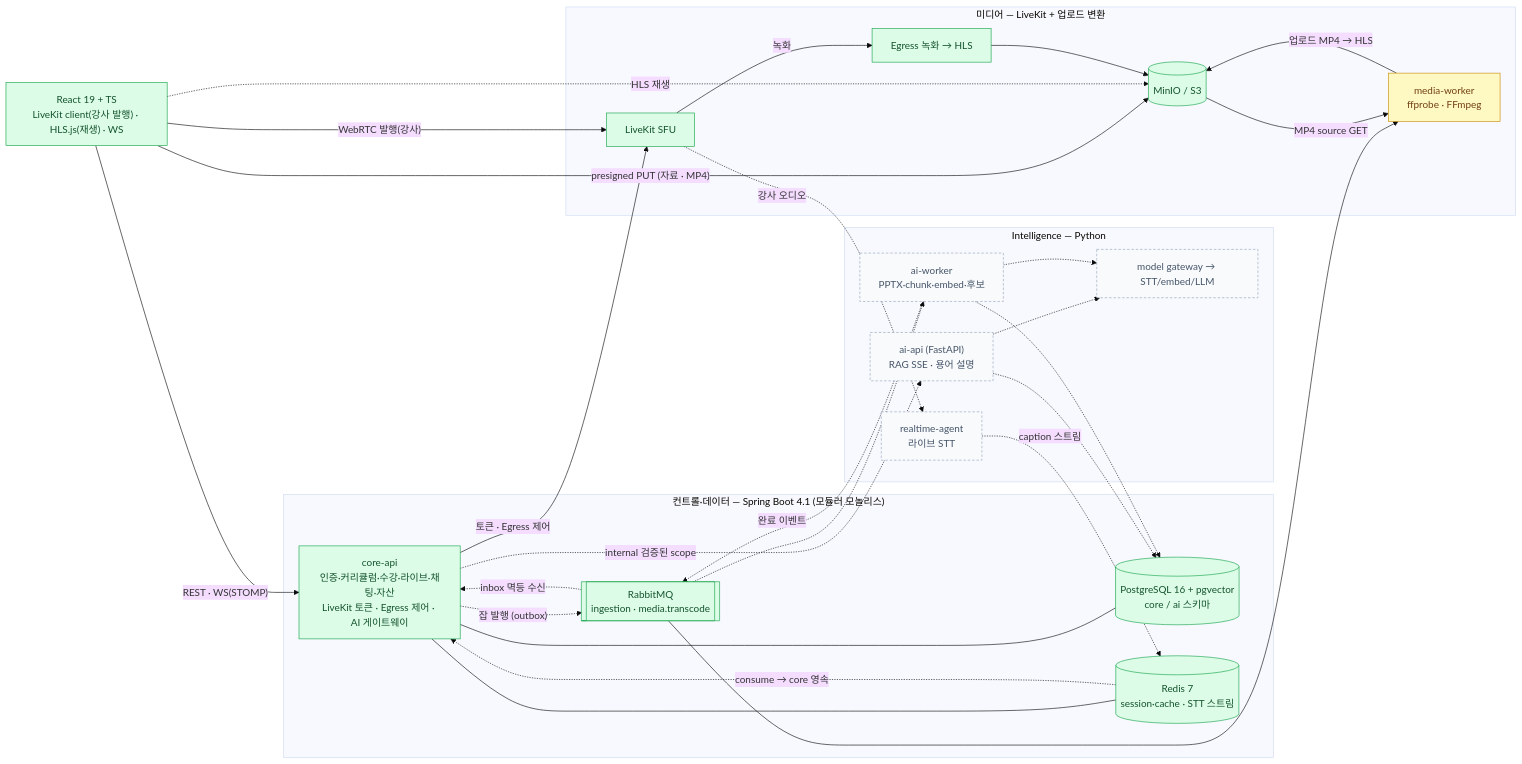
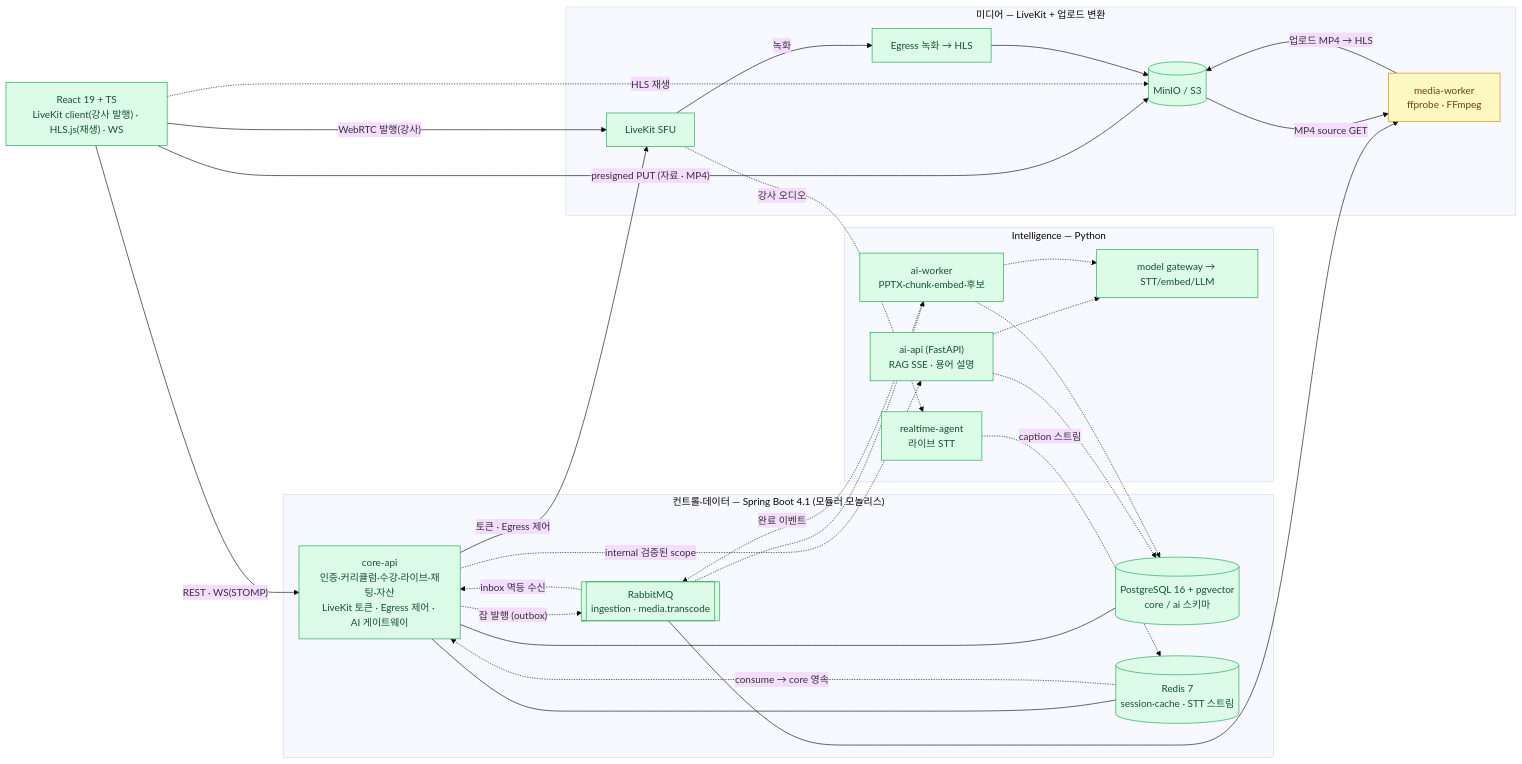
The first of 8 diagrams in docs/ARCHITECTURE.md (thdwjdrl401/jiphyeonjeon), drawn with Mermaid (base theme) before and after one commit. The commit also changed other lines of this file and 108 other files, not shown here.

````diff
--- a/docs/ARCHITECTURE.md
+++ b/docs/ARCHITECTURE.md
@@ -64,58 +64,57 @@
 ```mermaid
 flowchart LR
   classDef built fill:#dcfce7,stroke:#16a34a,color:#14532d
   classDef partial fill:#fef9c3,stroke:#ca8a04,color:#713f12
   classDef planned fill:#f8fafc,stroke:#94a3b8,color:#475569,stroke-dasharray:4 3
 
   FE["React 19 + TS<br/>LiveKit client(강사 발행) · HLS.js(재생) · WS"]
 
   subgraph CTRL["컨트롤·데이터 — Spring Boot 4.1 (모듈러 모놀리스)"]
     SP["core-api<br/>인증·커리큘럼·수강·라이브·채팅·자산<br/>LiveKit 토큰 · Egress 제어 · AI 게이트웨이"]
     PG[("PostgreSQL 16 + pgvector<br/>core / ai 스키마")]
     RD[("Redis 7<br/>session·cache · STT 스트림")]
     MQ[["RabbitMQ<br/>ingestion · media.transcode"]]
   end
 
   subgraph AI["Intelligence — Python"]
     AG["realtime-agent<br/>라이브 STT"]
     API["ai-api (FastAPI)<br/>RAG SSE · 용어 설명"]
     WK["ai-worker<br/>PPTX·chunk·embed·후보"]
     GW["model gateway → STT/embed/LLM"]
   end
 
   subgraph MEDIA["미디어 — LiveKit + 업로드 변환"]
     LK["LiveKit SFU"]
     EG["Egress 녹화 → HLS"]
     MW["media-worker<br/>ffprobe · FFmpeg"]
     OBJ[("MinIO / S3")]
   end
 
   FE -->|"REST · WS(STOMP)"| SP
   FE -->|"WebRTC 발행(강사)"| LK
   FE -->|"presigned PUT (자료 · MP4)"| OBJ
   FE -.->|"HLS 재생"| OBJ
   SP -->|"토큰 · Egress 제어"| LK
   SP --- PG
   SP --- RD
   SP -.->|"잡 발행 (outbox)"| MQ
   SP -.->|"internal 검증된 scope"| API
   MQ -.-> WK
   MQ --> MW
   WK -.->|"완료 이벤트"| MQ
   MQ -.->|"inbox 멱등 수신"| SP
   LK -.->|"강사 오디오"| AG
   AG -.->|"caption 스트림"| RD
   RD -.->|"consume → core 영속"| SP
   LK -->|"녹화"| EG
   EG --> OBJ
   OBJ -->|"MP4 source GET"| MW
   MW -->|"업로드 MP4 → HLS"| OBJ
   API -.-> PG
   API -.-> GW
   WK -.-> GW
   WK -.-> PG
 
-  class FE,SP,PG,RD,MQ,LK,EG,OBJ built
+  class FE,SP,PG,RD,MQ,LK,EG,OBJ,AG,API,WK,GW built
   class MW partial
-  class AG,API,WK,GW planned
 ```
````
